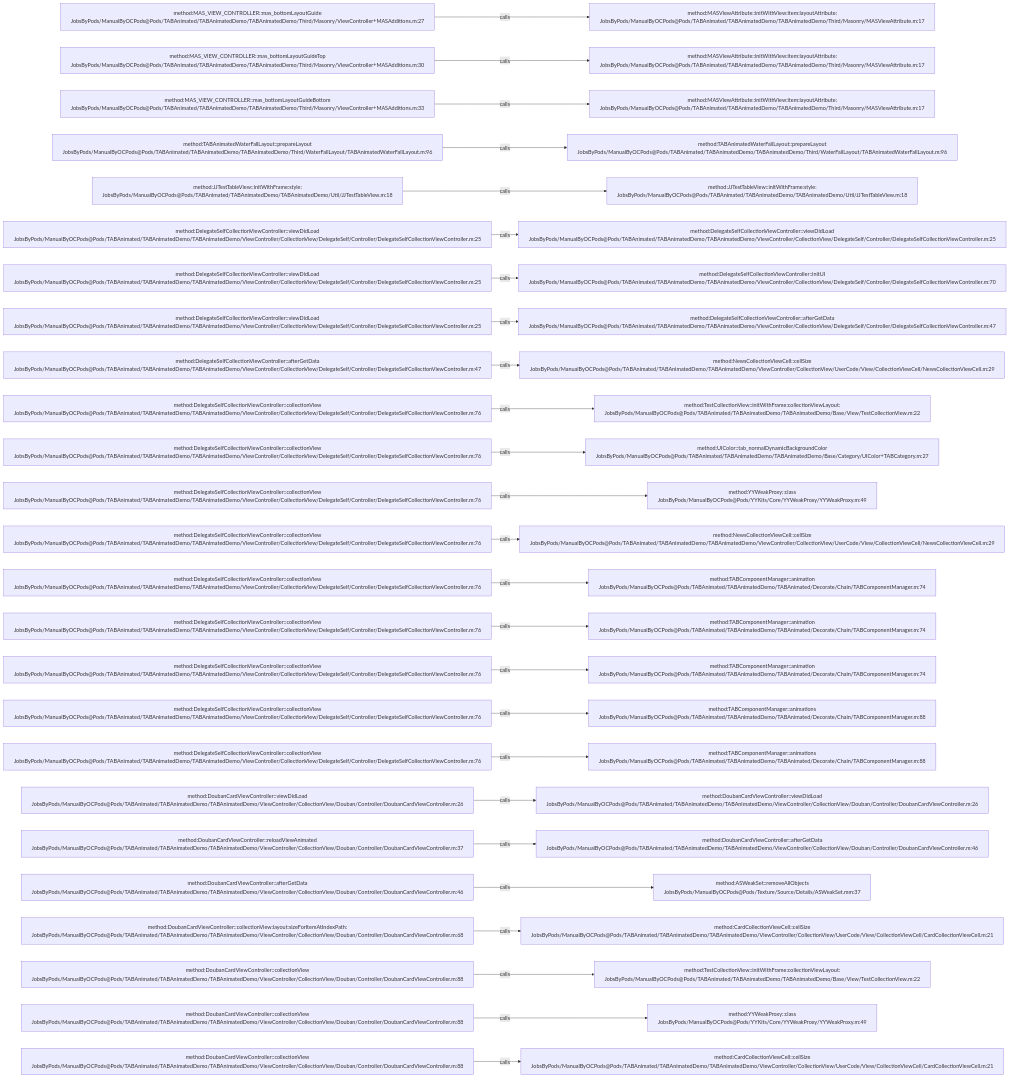
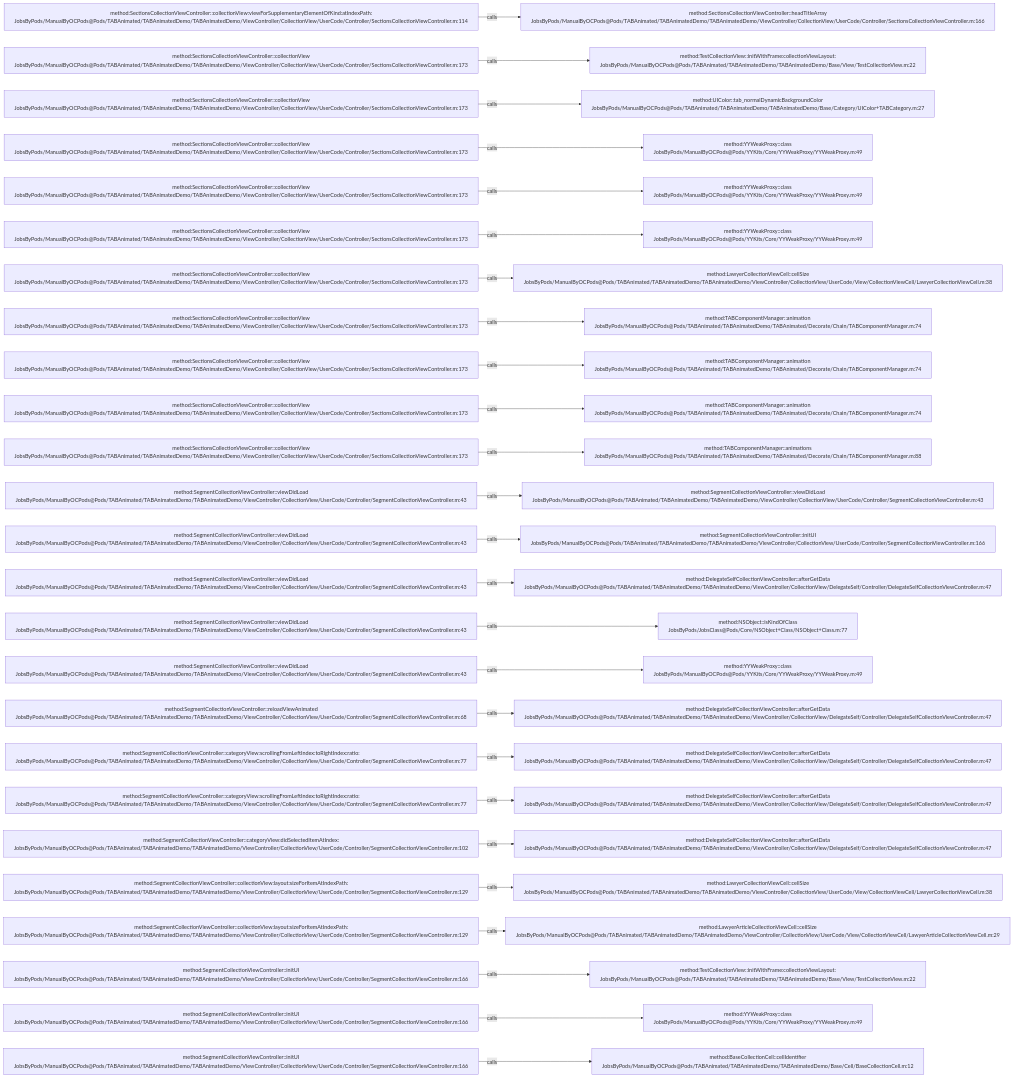
One commit to JobsKits/JobsOCBaseConfigDemo changed the diagram in .codegraph/codegraph.md/graphs/calls-049.md. Above: the diagram before and after it, drawn with Mermaid. The commit also changed 1353 other files, not shown here.

````diff
--- a/.codegraph/codegraph.md/graphs/calls-049.md
+++ b/.codegraph/codegraph.md/graphs/calls-049.md
@@ -13,78 +13,78 @@
 ```mermaid
 flowchart LR
-  S1["method:MAS_VIEW_CONTROLLER::mas_bottomLayoutGuide<br/>JobsByPods/ManualByOCPods@Pods/TABAnimated/TABAnimatedDemo/TABAnimatedDemo/Third/Masonry/ViewController+MASAdditions.m:27"]
-  T1["method:MASViewAttribute::initWithView:item:layoutAttribute:<br/>JobsByPods/ManualByOCPods@Pods/TABAnimated/TABAnimatedDemo/TABAnimatedDemo/Third/Masonry/MASViewAttribute.m:17"]
+  S1["method:SectionsCollectionViewController::collectionView:viewForSupplementaryElementOfKind:atIndexPath:<br/>JobsByPods/ManualByOCPods@Pods/TABAnimated/TABAnimatedDemo/TABAnimatedDemo/ViewController/CollectionView/UserCode/Controller/SectionsCollectionViewController.m:114"]
+  T1["method:SectionsCollectionViewController::headTitleArray<br/>JobsByPods/ManualByOCPods@Pods/TABAnimated/TABAnimatedDemo/TABAnimatedDemo/ViewController/CollectionView/UserCode/Controller/SectionsCollectionViewController.m:166"]
   S1 -->|calls| T1
-  S2["method:MAS_VIEW_CONTROLLER::mas_bottomLayoutGuideTop<br/>JobsByPods/ManualByOCPods@Pods/TABAnimated/TABAnimatedDemo/TABAnimatedDemo/Third/Masonry/ViewController+MASAdditions.m:30"]
-  T2["method:MASViewAttribute::initWithView:item:layoutAttribute:<br/>JobsByPods/ManualByOCPods@Pods/TABAnimated/TABAnimatedDemo/TABAnimatedDemo/Third/Masonry/MASViewAttribute.m:17"]
+  S2["method:SectionsCollectionViewController::collectionView<br/>JobsByPods/ManualByOCPods@Pods/TABAnimated/TABAnimatedDemo/TABAnimatedDemo/ViewController/CollectionView/UserCode/Controller/SectionsCollectionViewController.m:173"]
+  T2["method:TestCollectionView::initWithFrame:collectionViewLayout:<br/>JobsByPods/ManualByOCPods@Pods/TABAnimated/TABAnimatedDemo/TABAnimatedDemo/Base/View/TestCollectionView.m:22"]
   S2 -->|calls| T2
-  S3["method:MAS_VIEW_CONTROLLER::mas_bottomLayoutGuideBottom<br/>JobsByPods/ManualByOCPods@Pods/TABAnimated/TABAnimatedDemo/TABAnimatedDemo/Third/Masonry/ViewController+MASAdditions.m:33"]
-  T3["method:MASViewAttribute::initWithView:item:layoutAttribute:<br/>JobsByPods/ManualByOCPods@Pods/TABAnimated/TABAnimatedDemo/TABAnimatedDemo/Third/Masonry/MASViewAttribute.m:17"]
+  S3["method:SectionsCollectionViewController::collectionView<br/>JobsByPods/ManualByOCPods@Pods/TABAnimated/TABAnimatedDemo/TABAnimatedDemo/ViewController/CollectionView/UserCode/Controller/SectionsCollectionViewController.m:173"]
+  T3["method:UIColor::tab_normalDynamicBackgroundColor<br/>JobsByPods/ManualByOCPods@Pods/TABAnimated/TABAnimatedDemo/TABAnimatedDemo/Base/Category/UIColor+TABCategory.m:27"]
   S3 -->|calls| T3
-  S4["method:TABAnimatedWaterFallLayout::prepareLayout<br/>JobsByPods/ManualByOCPods@Pods/TABAnimated/TABAnimatedDemo/TABAnimatedDemo/Third/WaterFallLayout/TABAnimatedWaterFallLayout.m:96"]
-  T4["method:TABAnimatedWaterFallLayout::prepareLayout<br/>JobsByPods/ManualByOCPods@Pods/TABAnimated/TABAnimatedDemo/TABAnimatedDemo/Third/WaterFallLayout/TABAnimatedWaterFallLayout.m:96"]
+  S4["method:SectionsCollectionViewController::collectionView<br/>JobsByPods/ManualByOCPods@Pods/TABAnimated/TABAnimatedDemo/TABAnimatedDemo/ViewController/CollectionView/UserCode/Controller/SectionsCollectionViewController.m:173"]
+  T4["method:YYWeakProxy::class<br/>JobsByPods/ManualByOCPods@Pods/YYKits/Core/YYWeakProxy/YYWeakProxy.m:49"]
   S4 -->|calls| T4
-  S5["method:JJTestTableView::initWithFrame:style:<br/>JobsByPods/ManualByOCPods@Pods/TABAnimated/TABAnimatedDemo/TABAnimatedDemo/Util/JJTestTableView.m:18"]
-  T5["method:JJTestTableView::initWithFrame:style:<br/>JobsByPods/ManualByOCPods@Pods/TABAnimated/TABAnimatedDemo/TABAnimatedDemo/Util/JJTestTableView.m:18"]
+  S5["method:SectionsCollectionViewController::collectionView<br/>JobsByPods/ManualByOCPods@Pods/TABAnimated/TABAnimatedDemo/TABAnimatedDemo/ViewController/CollectionView/UserCode/Controller/SectionsCollectionViewController.m:173"]
+  T5["method:YYWeakProxy::class<br/>JobsByPods/ManualByOCPods@Pods/YYKits/Core/YYWeakProxy/YYWeakProxy.m:49"]
   S5 -->|calls| T5
-  S6["method:DelegateSelfCollectionViewController::viewDidLoad<br/>JobsByPods/ManualByOCPods@Pods/TABAnimated/TABAnimatedDemo/TABAnimatedDemo/ViewController/CollectionView/DelegateSelf/Controller/DelegateSelfCollectionViewController.m:25"]
-  T6["method:DelegateSelfCollectionViewController::viewDidLoad<br/>JobsByPods/ManualByOCPods@Pods/TABAnimated/TABAnimatedDemo/TABAnimatedDemo/ViewController/CollectionView/DelegateSelf/Controller/DelegateSelfCollectionViewController.m:25"]
+  S6["method:SectionsCollectionViewController::collectionView<br/>JobsByPods/ManualByOCPods@Pods/TABAnimated/TABAnimatedDemo/TABAnimatedDemo/ViewController/CollectionView/UserCode/Controller/SectionsCollectionViewController.m:173"]
+  T6["method:YYWeakProxy::class<br/>JobsByPods/ManualByOCPods@Pods/YYKits/Core/YYWeakProxy/YYWeakProxy.m:49"]
   S6 -->|calls| T6
-  S7["method:DelegateSelfCollectionViewController::viewDidLoad<br/>JobsByPods/ManualByOCPods@Pods/TABAnimated/TABAnimatedDemo/TABAnimatedDemo/ViewController/CollectionView/DelegateSelf/Controller/DelegateSelfCollectionViewController.m:25"]
-  T7["method:DelegateSelfCollectionViewController::initUI<br/>JobsByPods/ManualByOCPods@Pods/TABAnimated/TABAnimatedDemo/TABAnimatedDemo/ViewController/CollectionView/DelegateSelf/Controller/DelegateSelfCollectionViewController.m:70"]
+  S7["method:SectionsCollectionViewController::collectionView<br/>JobsByPods/ManualByOCPods@Pods/TABAnimated/TABAnimatedDemo/TABAnimatedDemo/ViewController/CollectionView/UserCode/Controller/SectionsCollectionViewController.m:173"]
+  T7["method:LawyerCollectionViewCell::cellSize<br/>JobsByPods/ManualByOCPods@Pods/TABAnimated/TABAnimatedDemo/TABAnimatedDemo/ViewController/CollectionView/UserCode/View/CollectionViewCell/LawyerCollectionViewCell.m:38"]
   S7 -->|calls| T7
-  S8["method:DelegateSelfCollectionViewController::viewDidLoad<br/>JobsByPods/ManualByOCPods@Pods/TABAnimated/TABAnimatedDemo/TABAnimatedDemo/ViewController/CollectionView/DelegateSelf/Controller/DelegateSelfCollectionViewController.m:25"]
-  T8["method:DelegateSelfCollectionViewController::afterGetData<br/>JobsByPods/ManualByOCPods@Pods/TABAnimated/TABAnimatedDemo/TABAnimatedDemo/ViewController/CollectionView/DelegateSelf/Controller/DelegateSelfCollectionViewController.m:47"]
+  S8["method:SectionsCollectionViewController::collectionView<br/>JobsByPods/ManualByOCPods@Pods/TABAnimated/TABAnimatedDemo/TABAnimatedDemo/ViewController/CollectionView/UserCode/Controller/SectionsCollectionViewController.m:173"]
+  T8["method:TABComponentManager::animation<br/>JobsByPods/ManualByOCPods@Pods/TABAnimated/TABAnimatedDemo/TABAnimated/Decorate/Chain/TABComponentManager.m:74"]
   S8 -->|calls| T8
-  S9["method:DelegateSelfCollectionViewController::afterGetData<br/>JobsByPods/ManualByOCPods@Pods/TABAnimated/TABAnimatedDemo/TABAnimatedDemo/ViewController/CollectionView/DelegateSelf/Controller/DelegateSelfCollectionViewController.m:47"]
-  T9["method:NewsCollectionViewCell::cellSize<br/>JobsByPods/ManualByOCPods@Pods/TABAnimated/TABAnimatedDemo/TABAnimatedDemo/ViewController/CollectionView/UserCode/View/CollectionViewCell/NewsCollectionViewCell.m:29"]
+  S9["method:SectionsCollectionViewController::collectionView<br/>JobsByPods/ManualByOCPods@Pods/TABAnimated/TABAnimatedDemo/TABAnimatedDemo/ViewController/CollectionView/UserCode/Controller/SectionsCollectionViewController.m:173"]
+  T9["method:TABComponentManager::animation<br/>JobsByPods/ManualByOCPods@Pods/TABAnimated/TABAnimatedDemo/TABAnimated/Decorate/Chain/TABComponentManager.m:74"]
   S9 -->|calls| T9
-  S10["method:DelegateSelfCollectionViewController::collectionView<br/>JobsByPods/ManualByOCPods@Pods/TABAnimated/TABAnimatedDemo/TABAnimatedDemo/ViewController/CollectionView/DelegateSelf/Controller/DelegateSelfCollectionViewController.m:76"]
-  T10["method:TestCollectionView::initWithFrame:collectionViewLayout:<br/>JobsByPods/ManualByOCPods@Pods/TABAnimated/TABAnimatedDemo/TABAnimatedDemo/Base/View/TestCollectionView.m:22"]
+  S10["method:SectionsCollectionViewController::collectionView<br/>JobsByPods/ManualByOCPods@Pods/TABAnimated/TABAnimatedDemo/TABAnimatedDemo/ViewController/CollectionView/UserCode/Controller/SectionsCollectionViewController.m:173"]
+  T10["method:TABComponentManager::animation<br/>JobsByPods/ManualByOCPods@Pods/TABAnimated/TABAnimatedDemo/TABAnimated/Decorate/Chain/TABComponentManager.m:74"]
   S10 -->|calls| T10
-  S11["method:DelegateSelfCollectionViewController::collectionView<br/>JobsByPods/ManualByOCPods@Pods/TABAnimated/TABAnimatedDemo/TABAnimatedDemo/ViewController/CollectionView/DelegateSelf/Controller/DelegateSelfCollectionViewController.m:76"]
-  T11["method:UIColor::tab_normalDynamicBackgroundColor<br/>JobsByPods/ManualByOCPods@Pods/TABAnimated/TABAnimatedDemo/TABAnimatedDemo/Base/Category/UIColor+TABCategory.m:27"]
+  S11["method:SectionsCollectionViewController::collectionView<br/>JobsByPods/ManualByOCPods@Pods/TABAnimated/TABAnimatedDemo/TABAnimatedDemo/ViewController/CollectionView/UserCode/Controller/SectionsCollectionViewController.m:173"]
+  T11["method:TABComponentManager::animations<br/>JobsByPods/ManualByOCPods@Pods/TABAnimated/TABAnimatedDemo/TABAnimated/Decorate/Chain/TABComponentManager.m:88"]
   S11 -->|calls| T11
-  S12["method:DelegateSelfCollectionViewController::collectionView<br/>JobsByPods/ManualByOCPods@Pods/TABAnimated/TABAnimatedDemo/TABAnimatedDemo/ViewController/CollectionView/DelegateSelf/Controller/DelegateSelfCollectionViewController.m:76"]
-  T12["method:YYWeakProxy::class<br/>JobsByPods/ManualByOCPods@Pods/YYKits/Core/YYWeakProxy/YYWeakProxy.m:49"]
+  S12["method:SegmentCollectionViewController::viewDidLoad<br/>JobsByPods/ManualByOCPods@Pods/TABAnimated/TABAnimatedDemo/TABAnimatedDemo/ViewController/CollectionView/UserCode/Controller/SegmentCollectionViewController.m:43"]
+  T12["method:SegmentCollectionViewController::viewDidLoad<br/>JobsByPods/ManualByOCPods@Pods/TABAnimated/TABAnimatedDemo/TABAnimatedDemo/ViewController/CollectionView/UserCode/Controller/SegmentCollectionViewController.m:43"]
   S12 -->|calls| T12
-  S13["method:DelegateSelfCollectionViewController::collectionView<br/>JobsByPods/ManualByOCPods@Pods/TABAnimated/TABAnimatedDemo/TABAnimatedDemo/ViewController/CollectionView/DelegateSelf/Controller/DelegateSelfCollectionViewController.m:76"]
-  T13["method:NewsCollectionViewCell::cellSize<br/>JobsByPods/ManualByOCPods@Pods/TABAnimated/TABAnimatedDemo/TABAnimatedDemo/ViewController/CollectionView/UserCode/View/CollectionViewCell/NewsCollectionViewCell.m:29"]
+  S13["method:SegmentCollectionViewController::viewDidLoad<br/>JobsByPods/ManualByOCPods@Pods/TABAnimated/TABAnimatedDemo/TABAnimatedDemo/ViewController/CollectionView/UserCode/Controller/SegmentCollectionViewController.m:43"]
+  T13["method:SegmentCollectionViewController::initUI<br/>JobsByPods/ManualByOCPods@Pods/TABAnimated/TABAnimatedDemo/TABAnimatedDemo/ViewController/CollectionView/UserCode/Controller/SegmentCollectionViewController.m:166"]
   S13 -->|calls| T13
-  S14["method:DelegateSelfCollectionViewController::collectionView<br/>JobsByPods/ManualByOCPods@Pods/TABAnimated/TABAnimatedDemo/TABAnimatedDemo/ViewController/CollectionView/DelegateSelf/Controller/DelegateSelfCollectionViewController.m:76"]
-  T14["method:TABComponentManager::animation<br/>JobsByPods/ManualByOCPods@Pods/TABAnimated/TABAnimatedDemo/TABAnimated/Decorate/Chain/TABComponentManager.m:74"]
+  S14["method:SegmentCollectionViewController::viewDidLoad<br/>JobsByPods/ManualByOCPods@Pods/TABAnimated/TABAnimatedDemo/TABAnimatedDemo/ViewController/CollectionView/UserCode/Controller/SegmentCollectionViewController.m:43"]
+  T14["method:DelegateSelfCollectionViewController::afterGetData<br/>JobsByPods/ManualByOCPods@Pods/TABAnimated/TABAnimatedDemo/TABAnimatedDemo/ViewController/CollectionView/DelegateSelf/Controller/DelegateSelfCollectionViewController.m:47"]
   S14 -->|calls| T14
-  S15["method:DelegateSelfCollectionViewController::collectionView<br/>JobsByPods/ManualByOCPods@Pods/TABAnimated/TABAnimatedDemo/TABAnimatedDemo/ViewController/CollectionView/DelegateSelf/Controller/DelegateSelfCollectionViewController.m:76"]
-  T15["method:TABComponentManager::animation<br/>JobsByPods/ManualByOCPods@Pods/TABAnimated/TABAnimatedDemo/TABAnimated/Decorate/Chain/TABComponentManager.m:74"]
+  S15["method:SegmentCollectionViewController::viewDidLoad<br/>JobsByPods/ManualByOCPods@Pods/TABAnimated/TABAnimatedDemo/TABAnimatedDemo/ViewController/CollectionView/UserCode/Controller/SegmentCollectionViewController.m:43"]
+  T15["method:NSObject::isKindOfClass<br/>JobsByPods/JobsClass@Pods/Core/NSObject+Class/NSObject+Class.m:77"]
   S15 -->|calls| T15
-  S16["method:DelegateSelfCollectionViewController::collectionView<br/>JobsByPods/ManualByOCPods@Pods/TABAnimated/TABAnimatedDemo/TABAnimatedDemo/ViewController/CollectionView/DelegateSelf/Controller/DelegateSelfCollectionViewController.m:76"]
-  T16["method:TABComponentManager::animation<br/>JobsByPods/ManualByOCPods@Pods/TABAnimated/TABAnimatedDemo/TABAnimated/Decorate/Chain/TABComponentManager.m:74"]
+  S16["method:SegmentCollectionViewController::viewDidLoad<br/>JobsByPods/ManualByOCPods@Pods/TABAnimated/TABAnimatedDemo/TABAnimatedDemo/ViewController/CollectionView/UserCode/Controller/SegmentCollectionViewController.m:43"]
+  T16["method:YYWeakProxy::class<br/>JobsByPods/ManualByOCPods@Pods/YYKits/Core/YYWeakProxy/YYWeakProxy.m:49"]
   S16 -->|calls| T16
-  S17["method:DelegateSelfCollectionViewController::collectionView<br/>JobsByPods/ManualByOCPods@Pods/TABAnimated/TABAnimatedDemo/TABAnimatedDemo/ViewController/CollectionView/DelegateSelf/Controller/DelegateSelfCollectionViewController.m:76"]
-  T17["method:TABComponentManager::animations<br/>JobsByPods/ManualByOCPods@Pods/TABAnimated/TABAnimatedDemo/TABAnimated/Decorate/Chain/TABComponentManager.m:88"]
+  S17["method:SegmentCollectionViewController::reloadViewAnimated<br/>JobsByPods/ManualByOCPods@Pods/TABAnimated/TABAnimatedDemo/TABAnimatedDemo/ViewController/CollectionView/UserCode/Controller/SegmentCollectionViewController.m:68"]
+  T17["method:DelegateSelfCollectionViewController::afterGetData<br/>JobsByPods/ManualByOCPods@Pods/TABAnimated/TABAnimatedDemo/TABAnimatedDemo/ViewController/CollectionView/DelegateSelf/Controller/DelegateSelfCollectionViewController.m:47"]
   S17 -->|calls| T17
-  S18["method:DelegateSelfCollectionViewController::collectionView<br/>JobsByPods/ManualByOCPods@Pods/TABAnimated/TABAnimatedDemo/TABAnimatedDemo/ViewController/CollectionView/DelegateSelf/Controller/DelegateSelfCollectionViewController.m:76"]
-  T18["method:TABComponentManager::animations<br/>JobsByPods/ManualByOCPods@Pods/TABAnimated/TABAnimatedDemo/TABAnimated/Decorate/Chain/TABComponentManager.m:88"]
+  S18["method:SegmentCollectionViewController::categoryView:scrollingFromLeftIndex:toRightIndex:ratio:<br/>JobsByPods/ManualByOCPods@Pods/TABAnimated/TABAnimatedDemo/TABAnimatedDemo/ViewController/CollectionView/UserCode/Controller/SegmentCollectionViewController.m:77"]
+  T18["method:DelegateSelfCollectionViewController::afterGetData<br/>JobsByPods/ManualByOCPods@Pods/TABAnimated/TABAnimatedDemo/TABAnimatedDemo/ViewController/CollectionView/DelegateSelf/Controller/DelegateSelfCollectionViewController.m:47"]
   S18 -->|calls| T18
-  S19["method:DoubanCardViewController::viewDidLoad<br/>JobsByPods/ManualByOCPods@Pods/TABAnimated/TABAnimatedDemo/TABAnimatedDemo/ViewController/CollectionView/Douban/Controller/DoubanCardViewController.m:26"]
-  T19["method:DoubanCardViewController::viewDidLoad<br/>JobsByPods/ManualByOCPods@Pods/TABAnimated/TABAnimatedDemo/TABAnimatedDemo/ViewController/CollectionView/Douban/Controller/DoubanCardViewController.m:26"]
+  S19["method:SegmentCollectionViewController::categoryView:scrollingFromLeftIndex:toRightIndex:ratio:<br/>JobsByPods/ManualByOCPods@Pods/TABAnimated/TABAnimatedDemo/TABAnimatedDemo/ViewController/CollectionView/UserCode/Controller/SegmentCollectionViewController.m:77"]
+  T19["method:DelegateSelfCollectionViewController::afterGetData<br/>JobsByPods/ManualByOCPods@Pods/TABAnimated/TABAnimatedDemo/TABAnimatedDemo/ViewController/CollectionView/DelegateSelf/Controller/DelegateSelfCollectionViewController.m:47"]
   S19 -->|calls| T19
-  S20["method:DoubanCardViewController::reloadViewAnimated<br/>JobsByPods/ManualByOCPods@Pods/TABAnimated/TABAnimatedDemo/TABAnimatedDemo/ViewController/CollectionView/Douban/Controller/DoubanCardViewController.m:37"]
-  T20["method:DoubanCardViewController::afterGetData<br/>JobsByPods/ManualByOCPods@Pods/TABAnimated/TABAnimatedDemo/TABAnimatedDemo/ViewController/CollectionView/Douban/Controller/DoubanCardViewController.m:46"]
+  S20["method:SegmentCollectionViewController::categoryView:didSelectedItemAtIndex:<br/>JobsByPods/ManualByOCPods@Pods/TABAnimated/TABAnimatedDemo/TABAnimatedDemo/ViewController/CollectionView/UserCode/Controller/SegmentCollectionViewController.m:102"]
+  T20["method:DelegateSelfCollectionViewController::afterGetData<br/>JobsByPods/ManualByOCPods@Pods/TABAnimated/TABAnimatedDemo/TABAnimatedDemo/ViewController/CollectionView/DelegateSelf/Controller/DelegateSelfCollectionViewController.m:47"]
   S20 -->|calls| T20
-  S21["method:DoubanCardViewController::afterGetData<br/>JobsByPods/ManualByOCPods@Pods/TABAnimated/TABAnimatedDemo/TABAnimatedDemo/ViewController/CollectionView/Douban/Controller/DoubanCardViewController.m:46"]
-  T21["method:ASWeakSet::removeAllObjects<br/>JobsByPods/ManualByOCPods@Pods/Texture/Source/Details/ASWeakSet.mm:37"]
+  S21["method:SegmentCollectionViewController::collectionView:layout:sizeForItemAtIndexPath:<br/>JobsByPods/ManualByOCPods@Pods/TABAnimated/TABAnimatedDemo/TABAnimatedDemo/ViewController/CollectionView/UserCode/Controller/SegmentCollectionViewController.m:129"]
+  T21["method:LawyerCollectionViewCell::cellSize<br/>JobsByPods/ManualByOCPods@Pods/TABAnimated/TABAnimatedDemo/TABAnimatedDemo/ViewController/CollectionView/UserCode/View/CollectionViewCell/LawyerCollectionViewCell.m:38"]
   S21 -->|calls| T21
-  S22["method:DoubanCardViewController::collectionView:layout:sizeForItemAtIndexPath:<br/>JobsByPods/ManualByOCPods@Pods/TABAnimated/TABAnimatedDemo/TABAnimatedDemo/ViewController/CollectionView/Douban/Controller/DoubanCardViewController.m:68"]
-  T22["method:CardCollectionViewCell::cellSize<br/>JobsByPods/ManualByOCPods@Pods/TABAnimated/TABAnimatedDemo/TABAnimatedDemo/ViewController/CollectionView/UserCode/View/CollectionViewCell/CardCollectionViewCell.m:21"]
+  S22["method:SegmentCollectionViewController::collectionView:layout:sizeForItemAtIndexPath:<br/>JobsByPods/ManualByOCPods@Pods/TABAnimated/TABAnimatedDemo/TABAnimatedDemo/ViewController/CollectionView/UserCode/Controller/SegmentCollectionViewController.m:129"]
+  T22["method:LawyerArticleCollectionViewCell::cellSize<br/>JobsByPods/ManualByOCPods@Pods/TABAnimated/TABAnimatedDemo/TABAnimatedDemo/ViewController/CollectionView/UserCode/View/CollectionViewCell/LawyerArticleCollectionViewCell.m:29"]
   S22 -->|calls| T22
-  S23["method:DoubanCardViewController::collectionView<br/>JobsByPods/ManualByOCPods@Pods/TABAnimated/TABAnimatedDemo/TABAnimatedDemo/ViewController/CollectionView/Douban/Controller/DoubanCardViewController.m:88"]
+  S23["method:SegmentCollectionViewController::initUI<br/>JobsByPods/ManualByOCPods@Pods/TABAnimated/TABAnimatedDemo/TABAnimatedDemo/ViewController/CollectionView/UserCode/Controller/SegmentCollectionViewController.m:166"]
   T23["method:TestCollectionView::initWithFrame:collectionViewLayout:<br/>JobsByPods/ManualByOCPods@Pods/TABAnimated/TABAnimatedDemo/TABAnimatedDemo/Base/View/TestCollectionView.m:22"]
   S23 -->|calls| T23
-  S24["method:DoubanCardViewController::collectionView<br/>JobsByPods/ManualByOCPods@Pods/TABAnimated/TABAnimatedDemo/TABAnimatedDemo/ViewController/CollectionView/Douban/Controller/DoubanCardViewController.m:88"]
+  S24["method:SegmentCollectionViewController::initUI<br/>JobsByPods/ManualByOCPods@Pods/TABAnimated/TABAnimatedDemo/TABAnimatedDemo/ViewController/CollectionView/UserCode/Controller/SegmentCollectionViewController.m:166"]
   T24["method:YYWeakProxy::class<br/>JobsByPods/ManualByOCPods@Pods/YYKits/Core/YYWeakProxy/YYWeakProxy.m:49"]
   S24 -->|calls| T24
-  S25["method:DoubanCardViewController::collectionView<br/>JobsByPods/ManualByOCPods@Pods/TABAnimated/TABAnimatedDemo/TABAnimatedDemo/ViewController/CollectionView/Douban/Controller/DoubanCardViewController.m:88"]
-  T25["method:CardCollectionViewCell::cellSize<br/>JobsByPods/ManualByOCPods@Pods/TABAnimated/TABAnimatedDemo/TABAnimatedDemo/ViewController/CollectionView/UserCode/View/CollectionViewCell/CardCollectionViewCell.m:21"]
+  S25["method:SegmentCollectionViewController::initUI<br/>JobsByPods/ManualByOCPods@Pods/TABAnimated/TABAnimatedDemo/TABAnimatedDemo/ViewController/CollectionView/UserCode/Controller/SegmentCollectionViewController.m:166"]
+  T25["method:BaseCollectionCell::cellIdentifier<br/>JobsByPods/ManualByOCPods@Pods/TABAnimated/TABAnimatedDemo/TABAnimatedDemo/Base/Cell/BaseCollectionCell.m:12"]
   S25 -->|calls| T25
 ```
````
